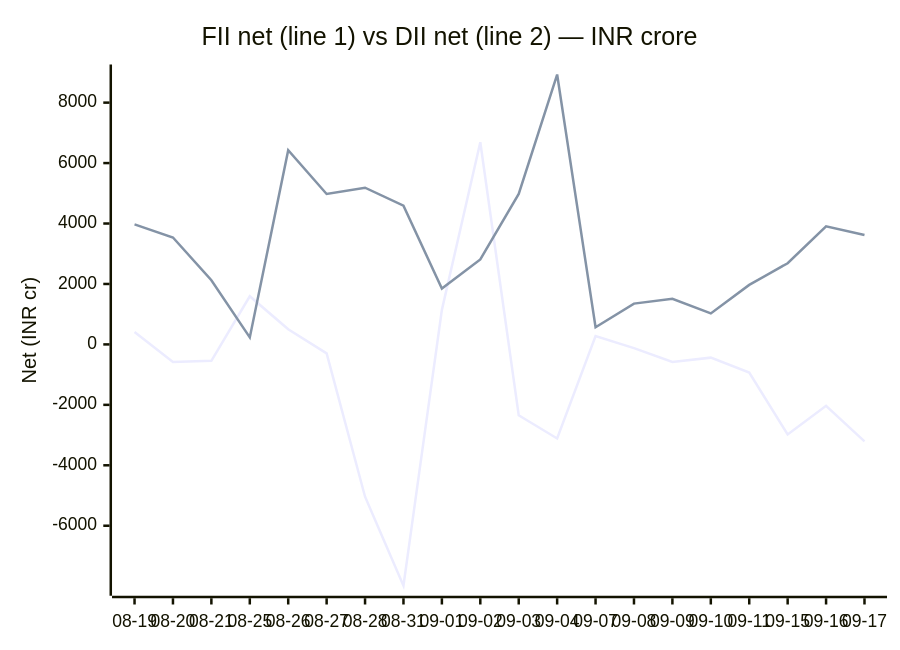
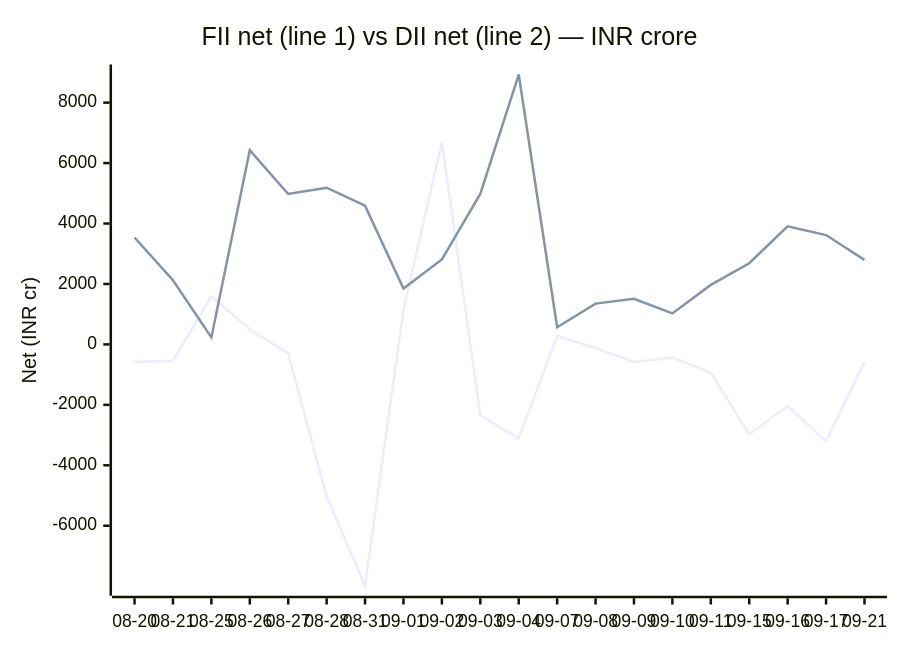
One commit to chirag127/fii-dii-activity-api changed the second of 2 diagrams in README.md. Above: the diagram before and after it, drawn with Mermaid. The commit also changed 2 other files, not shown here.

Commit message:
data: scrape 2026-09-21

````diff
--- a/README.md
+++ b/README.md
@@ -53,8 +53,8 @@
 ```mermaid
 xychart-beta
     title "FII net (line 1) vs DII net (line 2) — INR crore"
-    x-axis ["08-19", "08-20", "08-21", "08-25", "08-26", "08-27", "08-28", "08-31", "09-01", "09-02", "09-03", "09-04", "09-07", "09-08", "09-09", "09-10", "09-11", "09-15", "09-16", "09-17"]
+    x-axis ["08-20", "08-21", "08-25", "08-26", "08-27", "08-28", "08-31", "09-01", "09-02", "09-03", "09-04", "09-07", "09-08", "09-09", "09-10", "09-11", "09-15", "09-16", "09-17", "09-21"]
     y-axis "Net (INR cr)" -7986 --> 8931
-    line [407.99, -583.36, -542.71, 1593.53, 502.63, -298.26, -5039.8, -7985.88, 1143.38, 6688.37, -2345.87, -3111.94, 280.13, -123.19, -582.99, -438.24, -930.9, -2977.86, -2032.61, -3208.76]
-    line [3973.72, 3537.71, 2124.14, 230.26, 6425.16, 4977.17, 5183.93, 4588.88, 1846.94, 2812.98, 4977.46, 8930.12, 566.76, 1349.64, 1509.04, 1025.85, 1968.17, 2686.05, 3908.23, 3617.75]
+    line [-583.36, -542.71, 1593.53, 502.63, -298.26, -5039.8, -7985.88, 1143.38, 6688.37, -2345.87, -3111.94, 280.13, -123.19, -582.99, -438.24, -930.9, -2977.86, -2032.61, -3208.76, -576.2]
+    line [3537.71, 2124.14, 230.26, 6425.16, 4977.17, 5183.93, 4588.88, 1846.94, 2812.98, 4977.46, 8930.12, 566.76, 1349.64, 1509.04, 1025.85, 1968.17, 2686.05, 3908.23, 3617.75, 2797.27]
 ```
````
